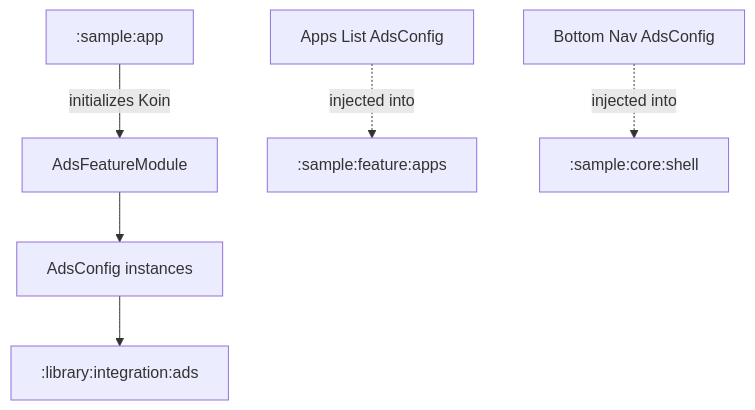
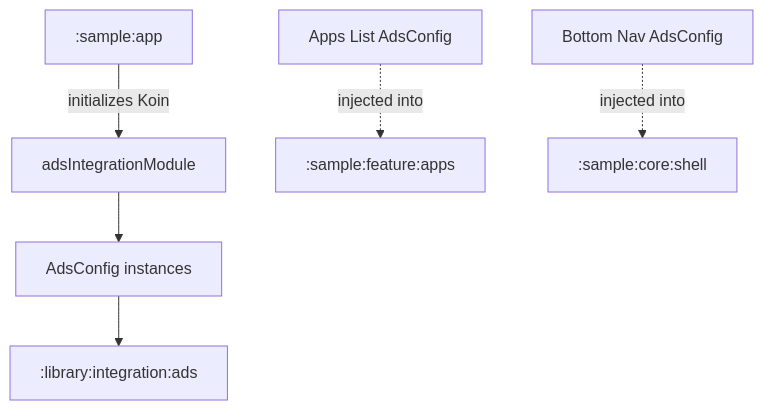
One commit to MihaiCristianCondrea/App-Toolkit-for-Android changed the diagram in sample/integration/ads/README.md. Above: the diagram before and after it, drawn with Mermaid. The commit also changed other lines of this file and 223 other files, not shown here.

First line of the commit message:
refactor(sample): enforce strict module boundaries and decentralize features

````diff
--- a/sample/integration/ads/README.md
+++ b/sample/integration/ads/README.md
@@ -29,8 +29,8 @@
 ```mermaid
 flowchart TD
-    App[":sample:app"] -->|initializes Koin| Module[AdsFeatureModule]
+    App[":sample:app"] -->|initializes Koin| Module[adsIntegrationModule]
     Module --> Configs[AdsConfig instances]
     Config1[Apps List AdsConfig] -.->|injected into| FeatureApps[":sample:feature:apps"]
     Config2[Bottom Nav AdsConfig] -.->|injected into| Shell[":sample:core:shell"]
     Configs --> ToolkitAds[":library:integration:ads"]
 ```
````
